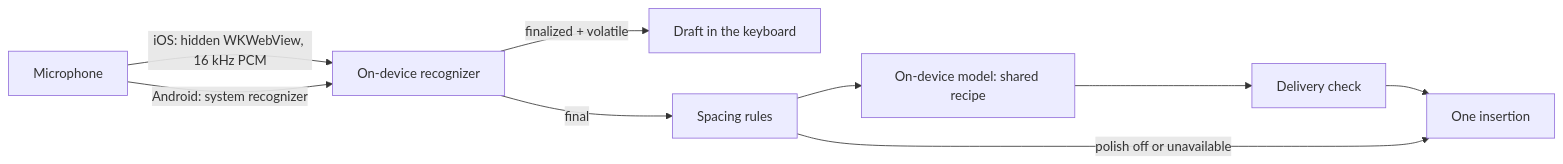
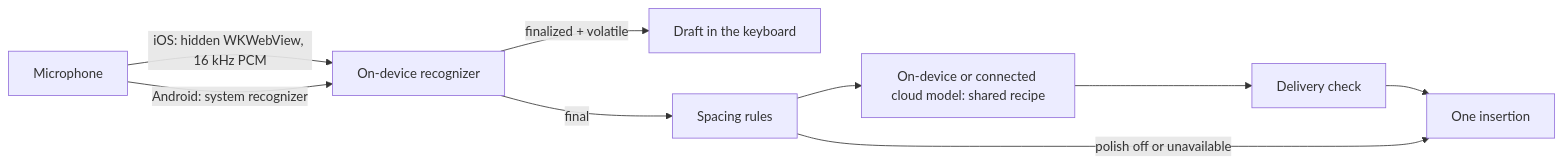
One commit to AstraFoundry/Arion changed the diagram in docs/project/mobile.md. Above: the diagram before and after it, drawn with Mermaid. The commit also changed other lines of this file and 37 other files, not shown here.

````diff
--- a/docs/project/mobile.md
+++ b/docs/project/mobile.md
@@ -22,11 +23,11 @@
 ```mermaid
 flowchart LR
     Mic[Microphone] -->|iOS: hidden WKWebView, 16 kHz PCM| Rec[On-device recognizer]
     Mic -->|Android: system recognizer| Rec
     Rec -->|finalized + volatile| Draft[Draft in the keyboard]
     Rec -->|final| Rules[Spacing rules]
-    Rules --> Polish[On-device model: shared recipe]
+    Rules --> Polish[On-device or connected cloud model: shared recipe]
     Polish --> Check[Delivery check]
     Check --> Commit[One insertion]
     Rules -->|polish off or unavailable| Commit
 ```
````
